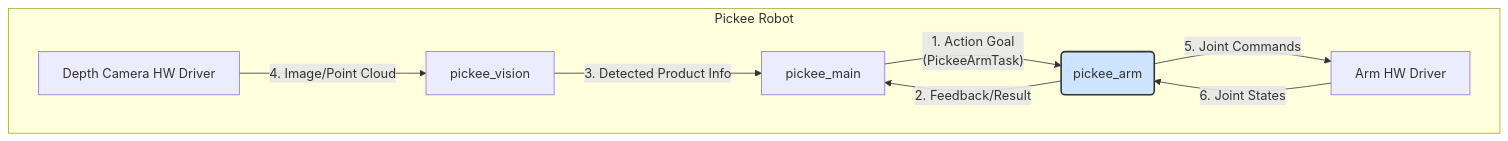
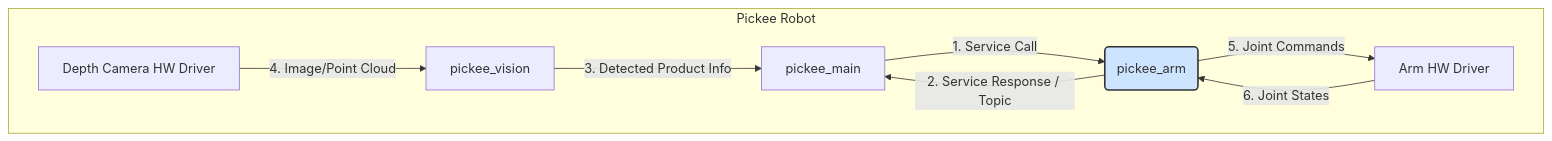
Before and after one commit to addinedu-roscamp-7th/roscamp-repo-1: the first of 3 diagrams in docs/DevelopmentPlan/PickeeArm/PickeeArmDesign.md, drawn with Mermaid. The commit also changed other lines of this file and 1 other file, not shown here.

Commit message:
[PickeeArm]구현과 상세설계 md파일 수정

````diff
--- a/docs/DevelopmentPlan/PickeeArm/PickeeArmDesign.md
+++ b/docs/DevelopmentPlan/PickeeArm/PickeeArmDesign.md
@@ -13,13 +13,13 @@
 ```mermaid
 graph TD
     subgraph Pickee Robot
-        A[pickee_main] -- 1. Action Goal<br/>(PickeeArmTask) --> B(pickee_arm);
-        B -- 2. Feedback/Result --> A;
+        A[pickee_main] -- 1. Service Call --> B(pickee_arm);
+        B -- 2. Service Response / Topic --> A;
         B -- 5. Joint Commands --> C[Arm HW Driver];
         C -- 6. Joint States --> B;
         D[pickee_vision] -- 3. Detected Product Info --> A;
         E[Depth Camera HW Driver] -- 4. Image/Point Cloud --> D;
     end
 
     style B fill:#cde4ff,stroke:#333,stroke-width:2px
 ```
````
